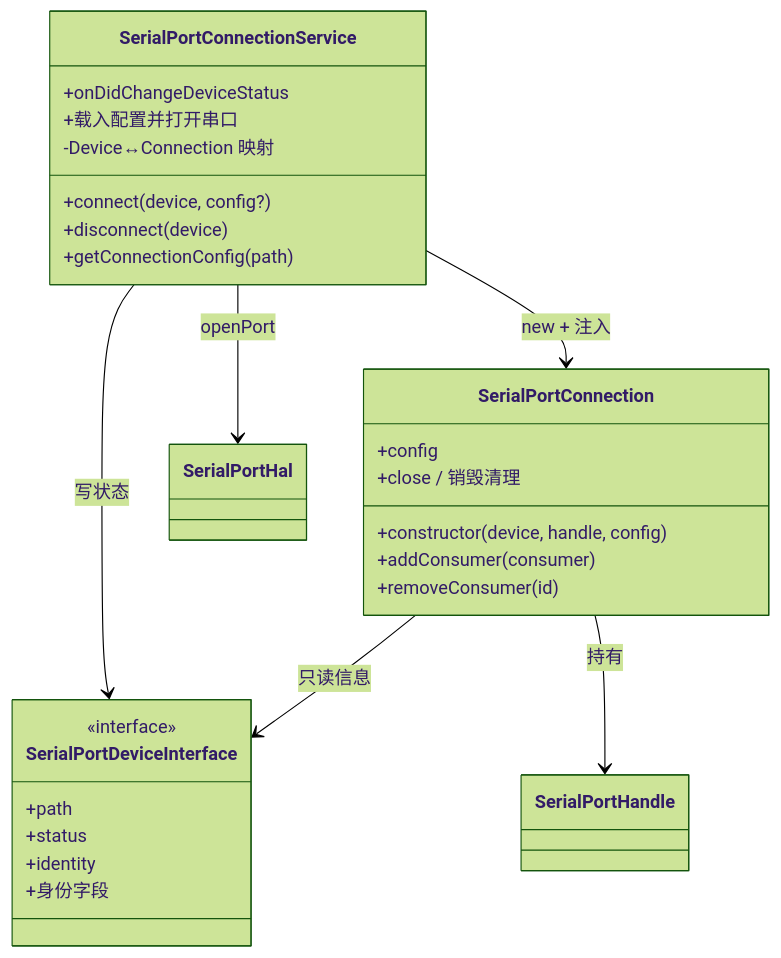
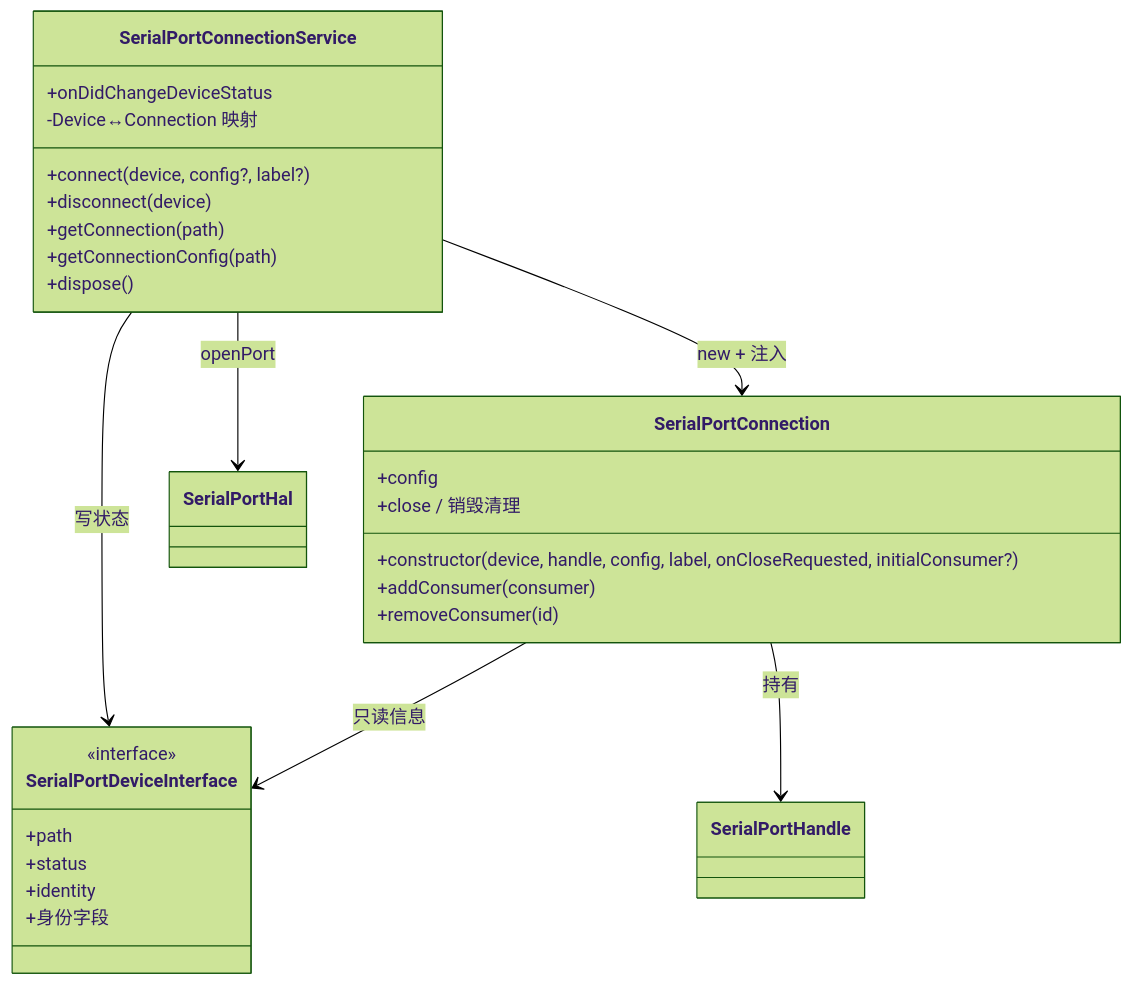
The third of 3 diagrams in doc/SerialPortConnection设计.md (ziqiang-zhu/vscode-serial-port-terminal), drawn with Mermaid (forest theme) before and after one commit. The commit also changed other lines of this file and 14 other files, not shown here.

````diff
--- a/doc/SerialPortConnection设计.md
+++ b/doc/SerialPortConnection设计.md
@@ -124,30 +124,31 @@
 ```mermaid
 classDiagram
     class SerialPortConnectionService {
-        +connect(device, config?)
+        +connect(device, config?, label?)
         +disconnect(device)
+        +getConnection(path)
         +getConnectionConfig(path)
+        +dispose()
         +onDidChangeDeviceStatus
-        +载入配置并打开串口
         -Device↔Connection 映射
     }
     class SerialPortConnection {
-        +constructor(device, handle, config)
+        +constructor(device, handle, config, label, onCloseRequested, initialConsumer?)
         +config
         +close / 销毁清理
         +addConsumer(consumer)
         +removeConsumer(id)
     }
     class SerialPortDeviceInterface {
         <<interface>>
         +path
         +status
         +identity
         +身份字段
     }
     SerialPortConnectionService --> SerialPortConnection : new + 注入
     SerialPortConnectionService --> SerialPortDeviceInterface : 写状态
     SerialPortConnection --> SerialPortDeviceInterface : 只读信息
     SerialPortConnectionService --> SerialPortHal : openPort
     SerialPortConnection --> SerialPortHandle : 持有
 ```
````
